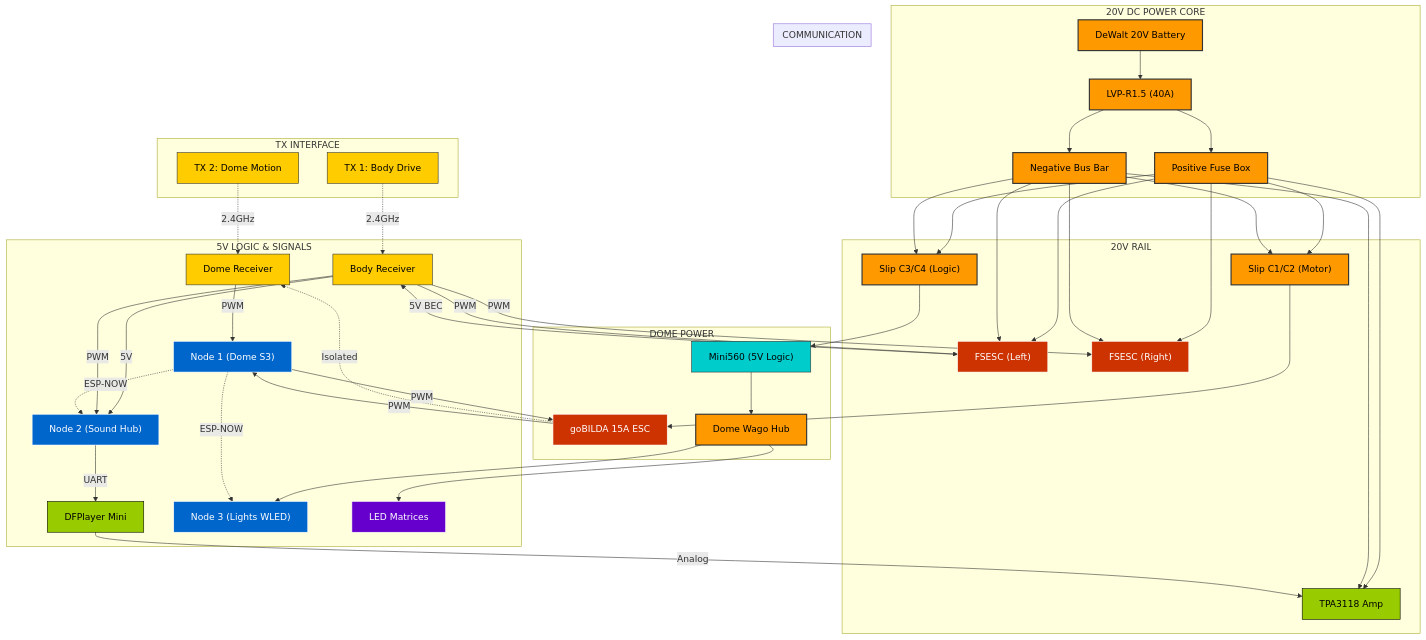
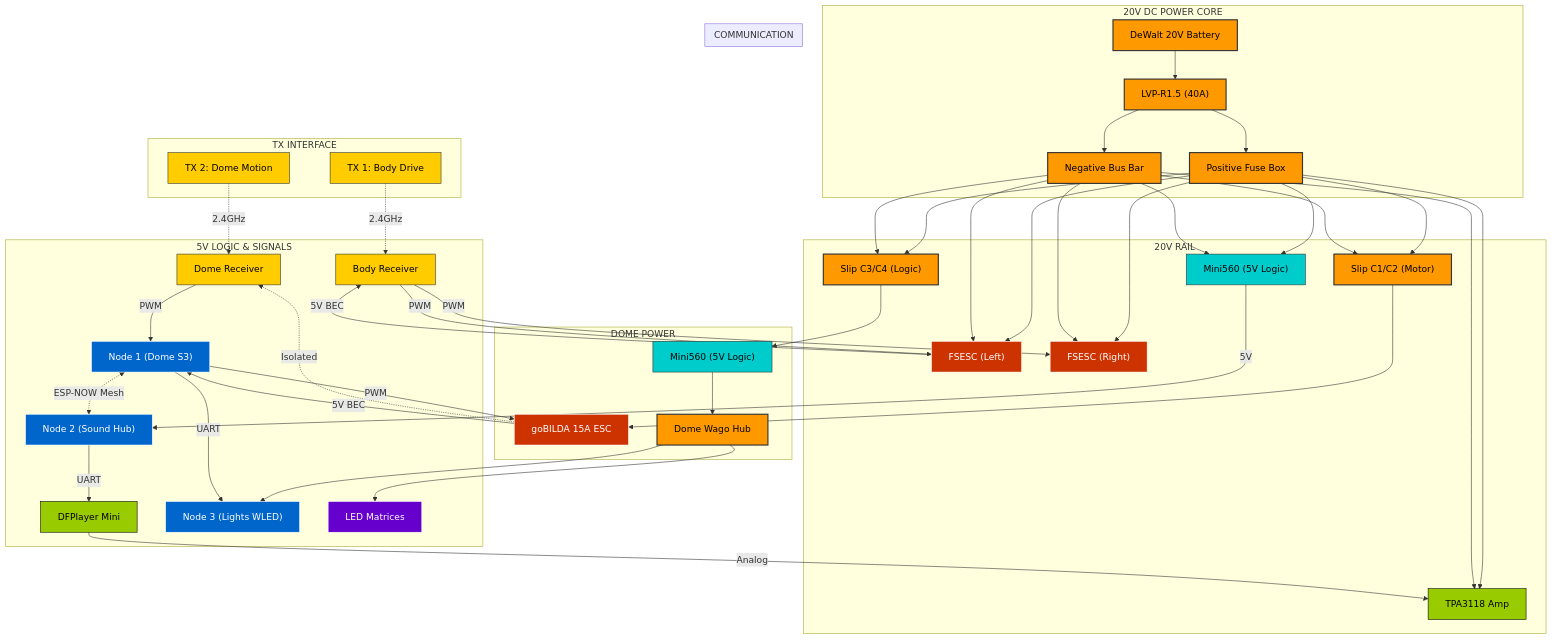
The diagram in docs/architecture/electrical-schematic.md (Ruzzler/Wee2-D2), drawn with Mermaid before and after one commit. The commit also changed 34 other files, not shown here.

Commit message:
docs/architecture: synchronize v2.6.0 documentation, rewrite mesh topography charts, and deploy Neural Web Command interfaces

```diff
--- a/docs/architecture/electrical-schematic.md
+++ b/docs/architecture/electrical-schematic.md
@@ -28,12 +28,14 @@
  POS_FUSE --> ESC1["FSESC (Left)"]:::drive
  POS_FUSE --> ESC2["FSESC (Right)"]:::drive
  POS_FUSE --> AMP["TPA3118 Amp"]:::audio
+ POS_FUSE --> BODY_BUCK["Mini560 (5V Logic)"]:::logic
  POS_FUSE --> SLIP1["Slip C1/C2 (Motor)"]:::power
  POS_FUSE --> SLIP2["Slip C3/C4 (Logic)"]:::power
 
  NEG_BUS --> ESC1
  NEG_BUS --> ESC2
  NEG_BUS --> AMP
+ NEG_BUS --> BODY_BUCK
  NEG_BUS --> SLIP1
  NEG_BUS --> SLIP2
  end
@@ -46,13 +48,13 @@
 
  subgraph LOGIC_RAIL [5V LOGIC & SIGNALS]
  ESC1 -->|5V BEC| RC1["Body Receiver"]:::signal
- RC1 -->|5V| Node2["Node 2 (Sound Hub)"]:::brain
+ BODY_BUCK -->|5V| Node2["Node 2 (Sound Hub)"]:::brain
  Node2 -->|UART| AUDIO["DFPlayer Mini"]:::audio
  
  DOME_ESC -.->|Isolated| RC2["Dome Receiver"]:::signal
 
  DOME_WAGOS --> Node3["Node 3 (Lights WLED)"]:::brain
- DOME_ESC -->|PWM| Node1["Node 1 (Dome S3)"]:::brain
+ DOME_ESC -->|5V BEC| Node1["Node 1 (Dome S3)"]:::brain
  DOME_WAGOS --> LEDS["LED Matrices"]:::lights
  end
 
@@ -61,12 +63,11 @@
  TX2 -.->|2.4GHz| RC2
  RC1 -->|PWM| ESC1
  RC1 -->|PWM| ESC2
- RC1 -->|PWM| Node2
  RC2 -->|PWM| Node1
  Node1 -->|PWM| DOME_ESC
  AUDIO -->|Analog| AMP
- Node1 -.->|ESP-NOW| Node2
- Node1 -.->|ESP-NOW| Node3
+ Node1 <.->|ESP-NOW Mesh| Node2
+ Node1 -->|UART| Node3
  end
 
  %% Technical Manual Links
@@ -83,6 +84,7 @@
  click Node2 href "node-2-sound-hub.md" "Node 2"
  click Node3 href "node-3-led-distribution.md" "Node 3"
  click DOME_ESC href "../hardware/gobilda-motor-manual.md" "Motor Manual"
+ click BODY_BUCK href "../bill-of-materials.md" "BOM"
 
  classDef power fill:#ff9900,stroke:#333,stroke-width:2px,color:#000
  classDef drive fill:#cc3300,stroke:#fff,color:#fff
```
